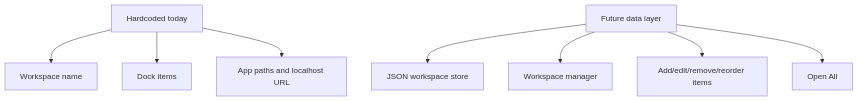
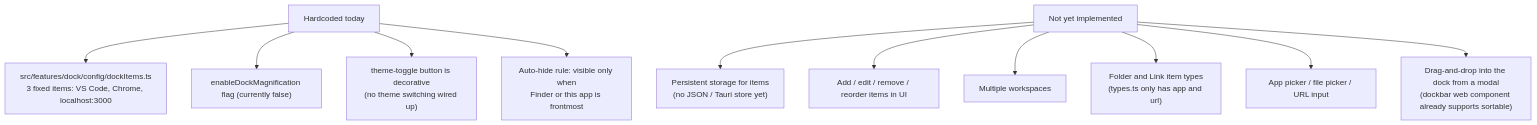
The seventh of 7 diagrams in ARCHITECTURE.md (Westluu/Workspaces), drawn with Mermaid before and after one commit. The commit also changed other lines of this file and 1 other file, not shown here.

Commit message:
update: updated architecture file and made plan for next steps

````diff
--- a/ARCHITECTURE.md
+++ b/ARCHITECTURE.md
@@ -170,14 +273,17 @@
 ```mermaid
 flowchart TB
   Hardcoded["Hardcoded today"]
-  Future["Future data layer"]
+  Future["Not yet implemented"]
 
-  Hardcoded --> H1["Workspace name"]
-  Hardcoded --> H2["Dock items"]
-  Hardcoded --> H3["App paths and localhost URL"]
+  Hardcoded --> H1["src/features/dock/config/dockItems.ts<br/>3 fixed items: VS Code, Chrome, localhost:3000"]
+  Hardcoded --> H2["enableDockMagnification flag (currently false)"]
+  Hardcoded --> H3["theme-toggle button is decorative<br/>(no theme switching wired up)"]
+  Hardcoded --> H4["Auto-hide rule: visible only when<br/>Finder or this app is frontmost"]
 
-  Future --> F1["JSON workspace store"]
-  Future --> F2["Workspace manager"]
-  Future --> F3["Add/edit/remove/reorder items"]
-  Future --> F4["Open All"]
+  Future --> F1["Persistent storage for items<br/>(no JSON / Tauri store yet)"]
+  Future --> F2["Add / edit / remove / reorder items in UI"]
+  Future --> F3["Multiple workspaces"]
+  Future --> F4["Folder and Link item types<br/>(types.ts only has app and url)"]
+  Future --> F5["App picker / file picker / URL input"]
+  Future --> F6["Drag-and-drop into the dock from a modal<br/>(dockbar web component already supports sortable)"]
 ```
````
